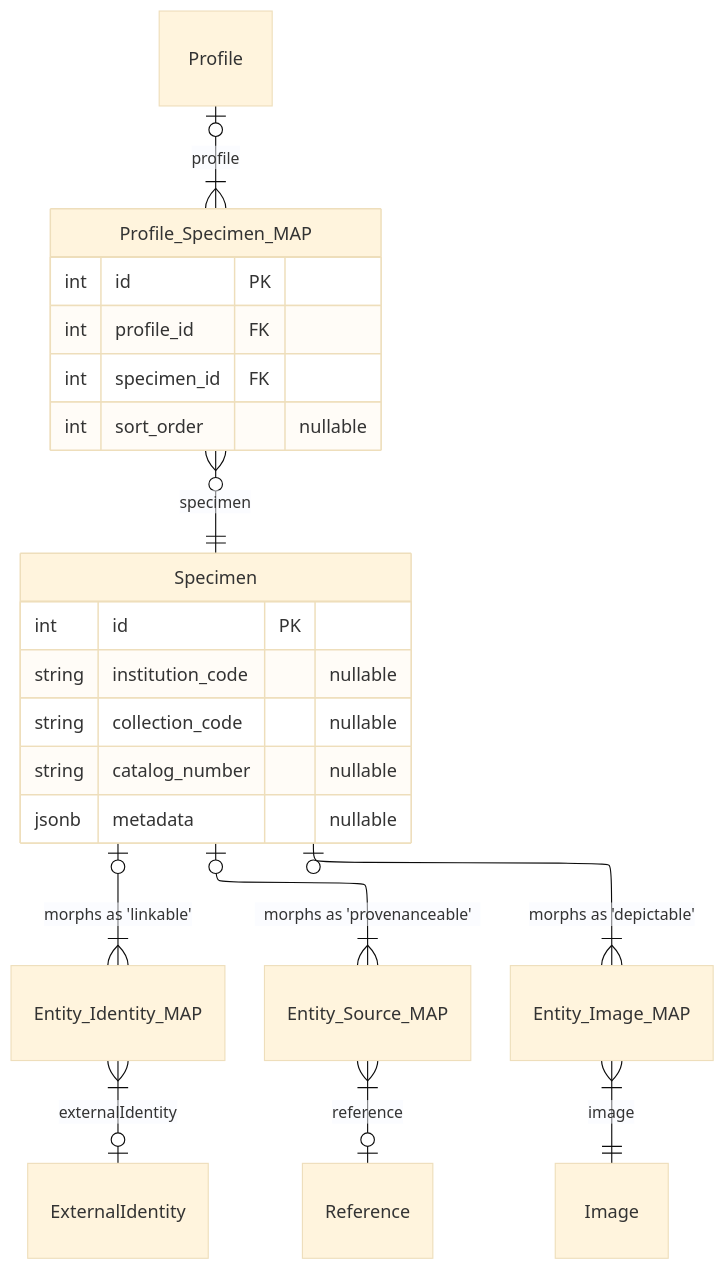
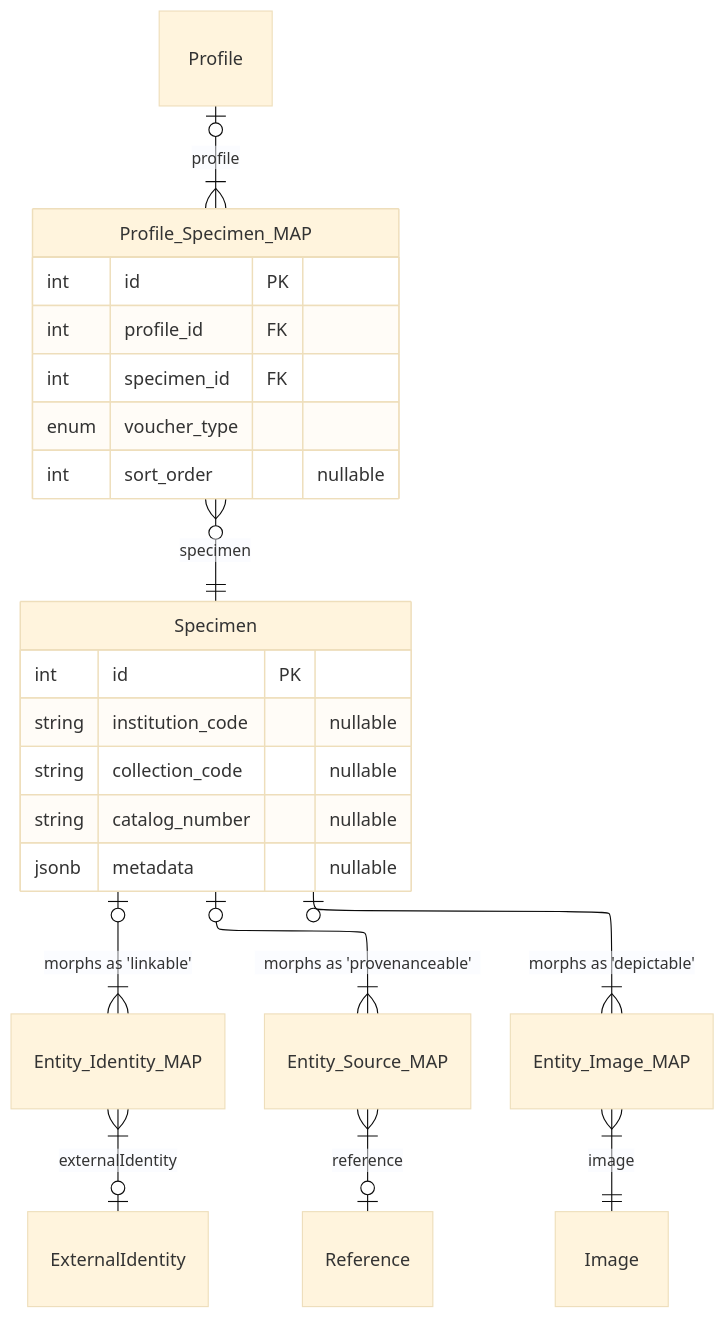
One commit to vicflora/vicflora-docs changed the diagram in source/_mermaid/layer-8b-voucher.mmd. Above: the diagram before and after it, drawn with Mermaid (base theme). The commit also changed 15 other files, not shown here.

```diff
--- a/source/_mermaid/layer-8b-voucher.mmd
+++ b/source/_mermaid/layer-8b-voucher.mmd
@@ -1,28 +1,29 @@
 ---
 config:
   layout: elk
 ---
 erDiagram
   Profile |o--|{ Profile_Specimen_MAP : "profile"
   Profile_Specimen_MAP }o--|| Specimen : "specimen"
   Specimen |o--|{ Entity_Identity_MAP : "morphs as 'linkable'"
   Entity_Identity_MAP }|--o| ExternalIdentity : "externalIdentity"
   Specimen |o--|{ Entity_Source_MAP : "morphs as 'provenanceable'"
   Entity_Source_MAP }|--o| Reference : "reference"
   Specimen |o--|{ Entity_Image_MAP : "morphs as 'depictable'"
   Entity_Image_MAP }|--|| Image : "image"
 
   Profile_Specimen_MAP {
     int id PK
     int profile_id FK 
     int specimen_id FK
+    enum voucher_type
     int sort_order "nullable"
   }
 
   Specimen {
     int id PK
     string institution_code "nullable"
     string collection_code "nullable"
     string catalog_number "nullable"
     jsonb metadata "nullable"
   }
```
